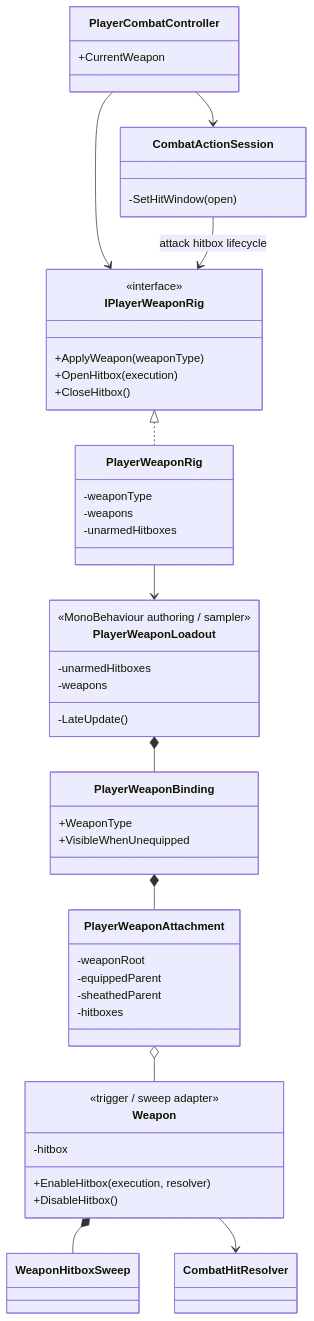
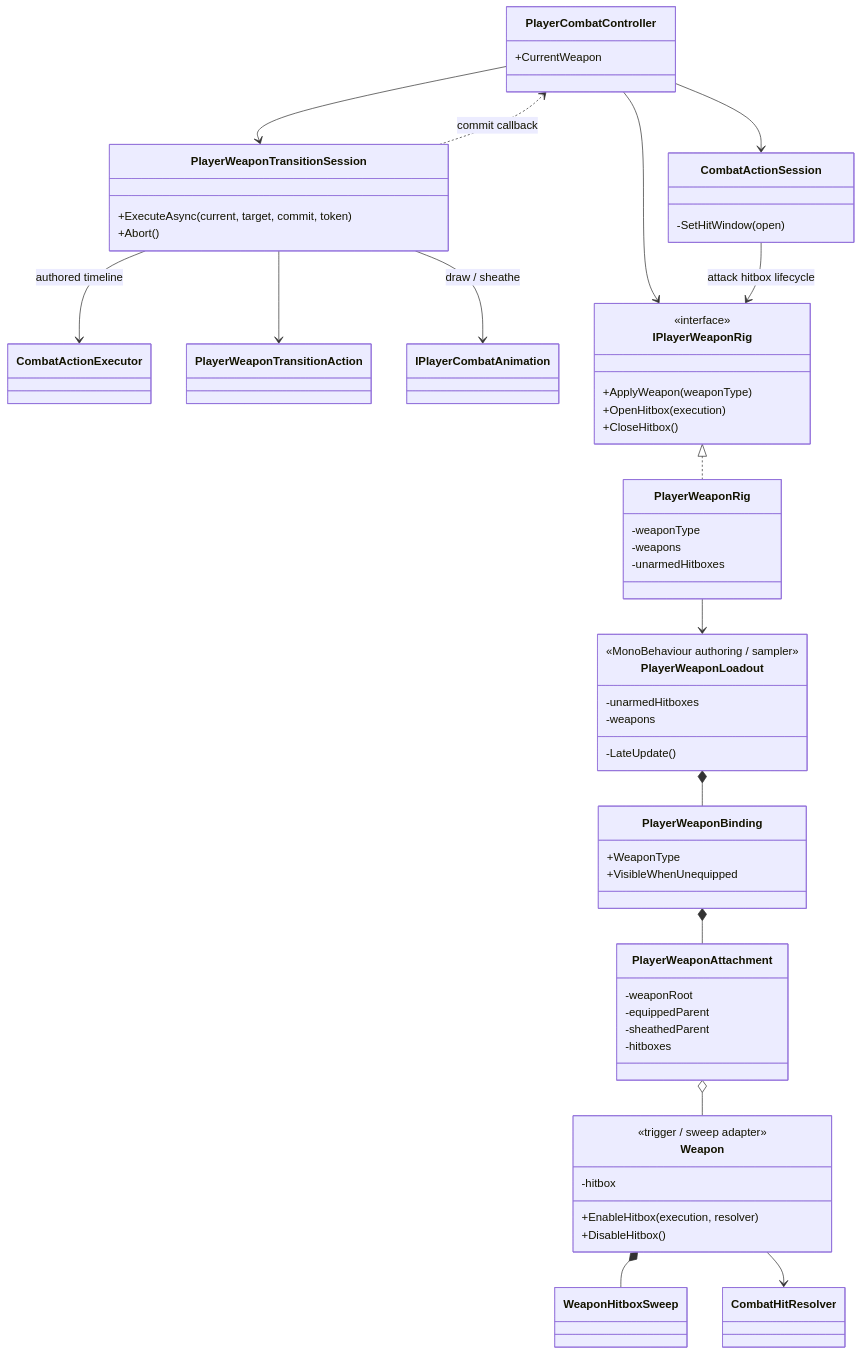
Before and after one commit to MaximFonariuc/project-s: the diagram in Docs/Architecture/Combat.WeaponLoadout.md, drawn with Mermaid. The commit also changed other lines of this file and 8 other files, not shown here.

Commit message:
refactor(combat): isolate weapon transition session

````diff
--- a/Docs/Architecture/Combat.WeaponLoadout.md
+++ b/Docs/Architecture/Combat.WeaponLoadout.md
@@ -16,55 +21,67 @@
 ```mermaid
 classDiagram
     class PlayerCombatController {
         +CurrentWeapon
     }
     class CombatActionSession {
         -SetHitWindow(open)
     }
+    class PlayerWeaponTransitionSession {
+        +ExecuteAsync(current, target, commit, token)
+        +Abort()
+    }
+    class CombatActionExecutor
+    class PlayerWeaponTransitionAction
+    class IPlayerCombatAnimation
     class IPlayerWeaponRig {
         <<interface>>
         +ApplyWeapon(weaponType)
         +OpenHitbox(execution)
         +CloseHitbox()
     }
     class PlayerWeaponRig {
         -weaponType
         -weapons
         -unarmedHitboxes
     }
     class PlayerWeaponLoadout {
         <<MonoBehaviour authoring / sampler>>
         -unarmedHitboxes
         -weapons
         -LateUpdate()
     }
     class PlayerWeaponBinding {
         +WeaponType
         +VisibleWhenUnequipped
     }
     class PlayerWeaponAttachment {
         -weaponRoot
         -equippedParent
         -sheathedParent
         -hitboxes
     }
     class Weapon {
         <<trigger / sweep adapter>>
         -hitbox
         +EnableHitbox(execution, resolver)
         +DisableHitbox()
     }
     class WeaponHitboxSweep
     class CombatHitResolver
 
     PlayerCombatController --> IPlayerWeaponRig
     PlayerCombatController --> CombatActionSession
+    PlayerCombatController --> PlayerWeaponTransitionSession
     CombatActionSession --> IPlayerWeaponRig : attack hitbox lifecycle
+    PlayerWeaponTransitionSession --> CombatActionExecutor : authored timeline
+    PlayerWeaponTransitionSession --> PlayerWeaponTransitionAction
+    PlayerWeaponTransitionSession --> IPlayerCombatAnimation : draw / sheathe
+    PlayerWeaponTransitionSession ..> PlayerCombatController : commit callback
     IPlayerWeaponRig <|.. PlayerWeaponRig
     PlayerWeaponRig --> PlayerWeaponLoadout
     PlayerWeaponLoadout *-- PlayerWeaponBinding
     PlayerWeaponBinding *-- PlayerWeaponAttachment
     PlayerWeaponAttachment o-- Weapon
     Weapon *-- WeaponHitboxSweep
     Weapon --> CombatHitResolver
 ```
````
